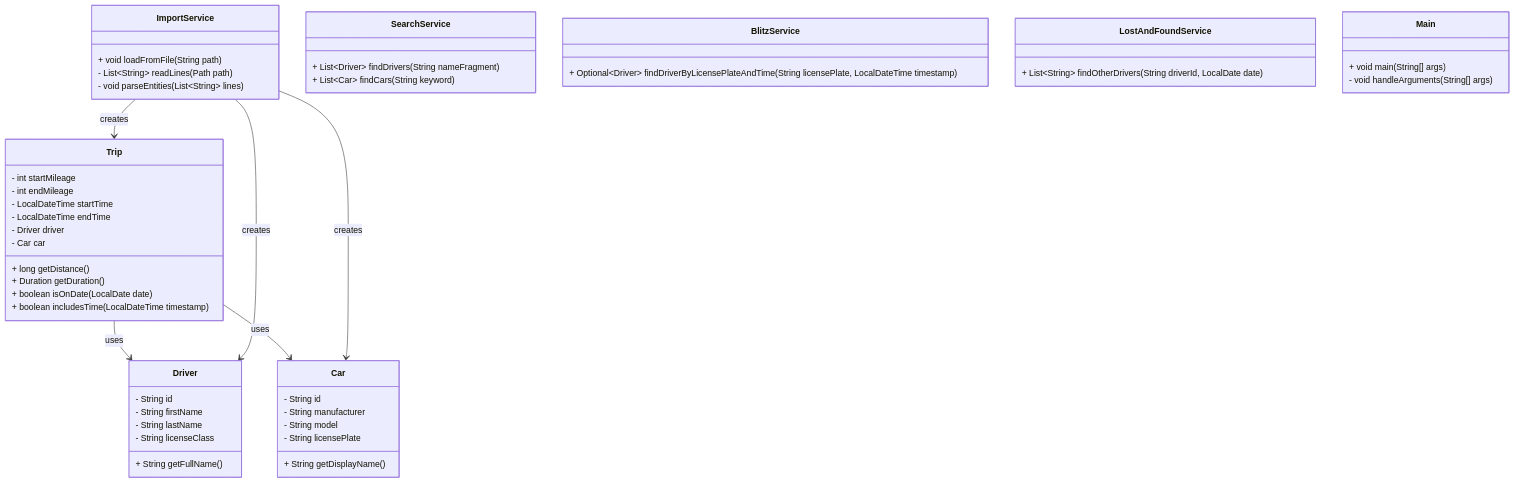
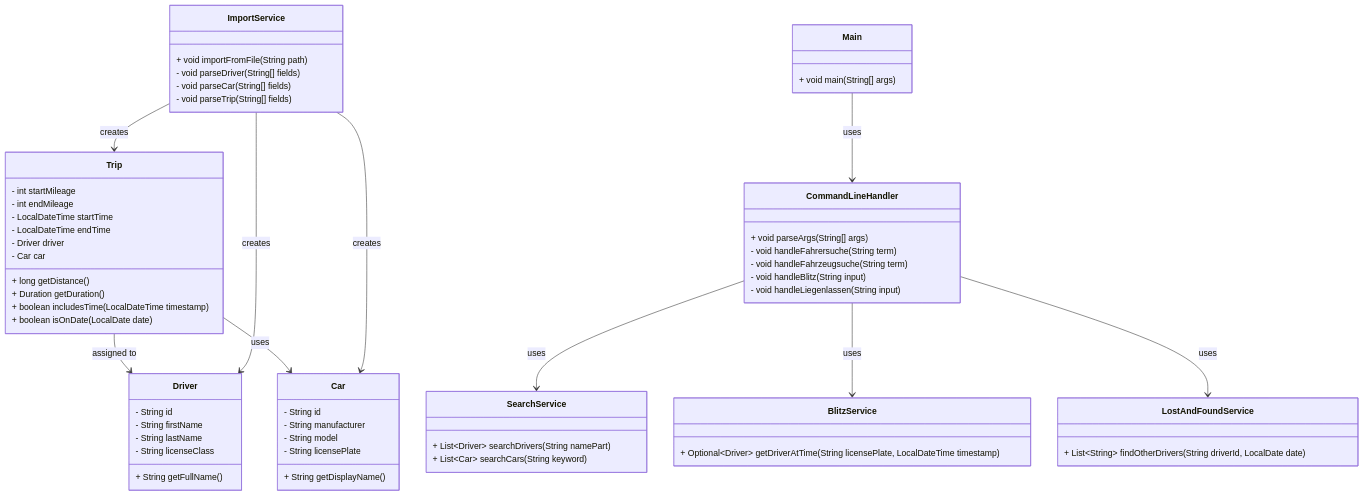
The diagram in README.md (S1onyx/dienstwagen-datenbank-java), drawn with Mermaid before and after one commit.

````diff
--- a/README.md
+++ b/README.md
@@ -6,5 +6,9 @@
 ```mermaid
 classDiagram
+    %% =======================
+    %% == Datenmodell-Teil ==
+    %% =======================
+
     class Driver {
         - String id
         - String firstName
@@ -30,37 +34,62 @@
         - Car car
         + long getDistance()
         + Duration getDuration()
+        + boolean includesTime(LocalDateTime timestamp)
         + boolean isOnDate(LocalDate date)
-        + boolean includesTime(LocalDateTime timestamp)
     }
 
+    %% ========================
+    %% == Service-Klassen ====
+    %% ========================
+
     class ImportService {
-        + void loadFromFile(String path)
-        - List~String~ readLines(Path path)
-        - void parseEntities(List~String~ lines)
+        + void importFromFile(String path)
+        - void parseDriver(String[] fields)
+        - void parseCar(String[] fields)
+        - void parseTrip(String[] fields)
     }
 
     class SearchService {
-        + List~Driver~ findDrivers(String nameFragment)
-        + List~Car~ findCars(String keyword)
+        + List~Driver~ searchDrivers(String namePart)
+        + List~Car~ searchCars(String keyword)
     }
 
     class BlitzService {
-        + Optional~Driver~ findDriverByLicensePlateAndTime(String licensePlate, LocalDateTime timestamp)
+        + Optional~Driver~ getDriverAtTime(String licensePlate, LocalDateTime timestamp)
     }
 
     class LostAndFoundService {
         + List~String~ findOtherDrivers(String driverId, LocalDate date)
     }
 
+    %% ========================
+    %% == Kommando-Handling ==
+    %% ========================
+
+    class CommandLineHandler {
+        + void parseArgs(String[] args)
+        - void handleFahrersuche(String term)
+        - void handleFahrzeugsuche(String term)
+        - void handleBlitz(String input)
+        - void handleLiegenlassen(String input)
+    }
+
     class Main {
         + void main(String[] args)
-        - void handleArguments(String[] args)
     }
 
-    Trip --> Driver : uses
+    %% ========================
+    %% == Beziehungen =========
+    %% ========================
+
+    Trip --> Driver : assigned to
     Trip --> Car : uses
     ImportService --> Driver : creates
     ImportService --> Car : creates
     ImportService --> Trip : creates
+
+    Main --> CommandLineHandler : uses
+    CommandLineHandler --> SearchService : uses
+    CommandLineHandler --> BlitzService : uses
+    CommandLineHandler --> LostAndFoundService : uses
 ```
````
